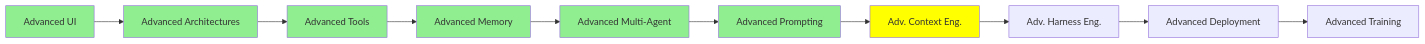
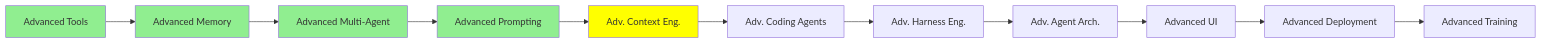
Before and after one commit to lokumai/ai-engineering-bazaar: the diagram in mini-courses/3_expert/advanced_context_engineering.md, drawn with Mermaid. The commit also changed 99 other files, not shown here.

````diff
--- a/mini-courses/3_expert/advanced_context_engineering.md
+++ b/mini-courses/3_expert/advanced_context_engineering.md
@@ -17,19 +17,18 @@
 ```mermaid
 graph LR
-    A[Advanced UI] --> B[Advanced Architectures]
-    B --> C[Advanced Tools]
-    C --> D[Advanced Memory]
-    D --> E[Advanced Multi-Agent]
-    E --> F[Advanced Prompting]
-    F --> G[Adv. Context Eng.]
-    G --> H[Adv. Harness Eng.]
-    H --> I[Advanced Deployment]
-    I --> J[Advanced Training]
+    A[Advanced Tools] --> B[Advanced Memory]
+    B --> C[Advanced Multi-Agent]
+    C --> D[Advanced Prompting]
+    D --> E[Adv. Context Eng.]
+    E --> F[Adv. Coding Agents]
+    F --> G[Adv. Harness Eng.]
+    G --> H[Adv. Agent Arch.]
+    H --> I[Advanced UI]
+    I --> J[Advanced Deployment]
+    J --> K[Advanced Training]
     style A fill:#90EE90
     style B fill:#90EE90
     style C fill:#90EE90
     style D fill:#90EE90
-    style E fill:#90EE90
-    style F fill:#90EE90
-    style G fill:#FFFF00
+    style E fill:#FFFF00
 ```
````
